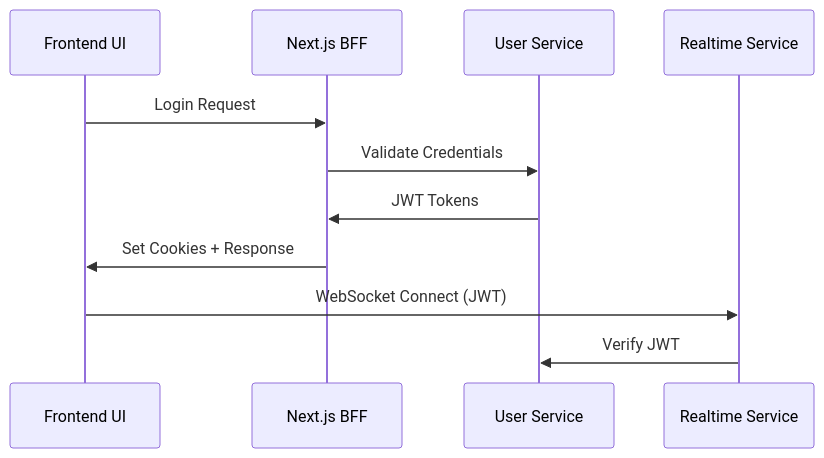
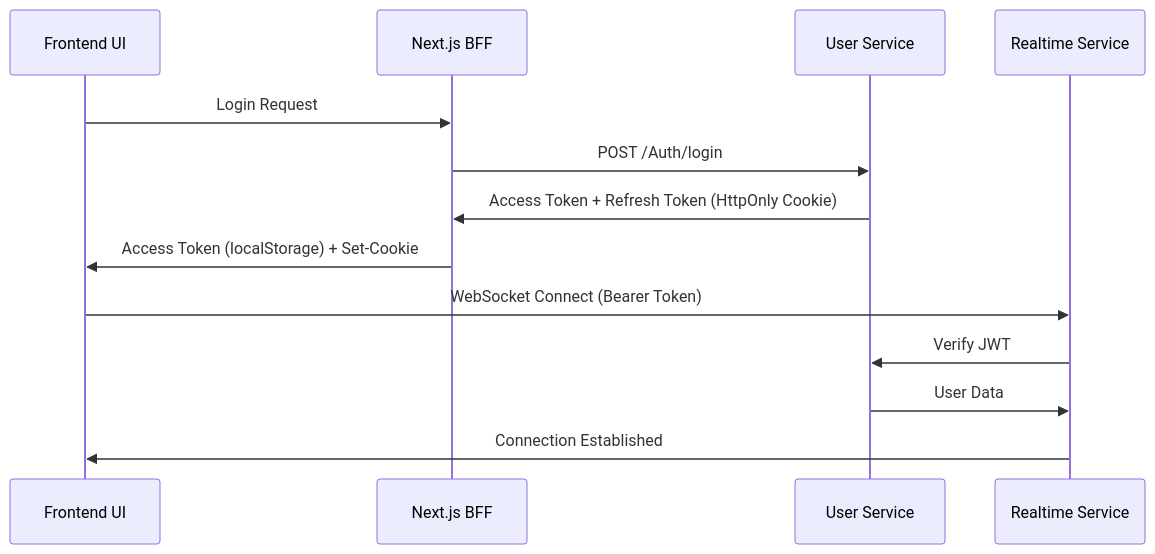
The first of 2 diagrams in README.md (Vladdjuga/quix-messenger), drawn with Mermaid before and after one commit. The commit also changed other lines of this file, not shown here.

Commit message:
feat: Update architecture diagram and service descriptions for improved clarity and detail

````diff
--- a/README.md
+++ b/README.md
@@ -75,14 +110,16 @@
 ```mermaid
 sequenceDiagram
     participant UI as Frontend UI
     participant BFF as Next.js BFF
     participant Auth as User Service
     participant RT as Realtime Service
     
     UI->>BFF: Login Request
-    BFF->>Auth: Validate Credentials
-    Auth->>BFF: JWT Tokens
-    BFF->>UI: Set Cookies + Response
-    UI->>RT: WebSocket Connect (JWT)
+    BFF->>Auth: POST /Auth/login
+    Auth->>BFF: Access Token + Refresh Token (HttpOnly Cookie)
+    BFF->>UI: Access Token (localStorage) + Set-Cookie
+    UI->>RT: WebSocket Connect (Bearer Token)
     RT->>Auth: Verify JWT
+    Auth->>RT: User Data
+    RT->>UI: Connection Established
 ```
````
